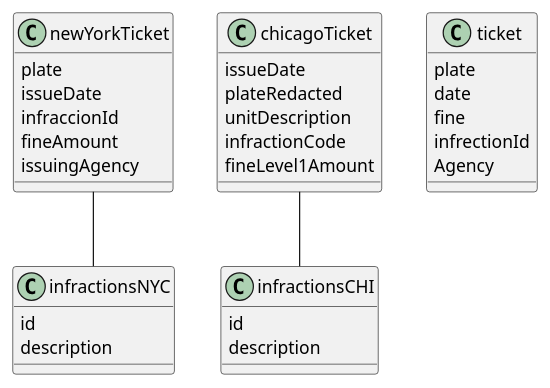
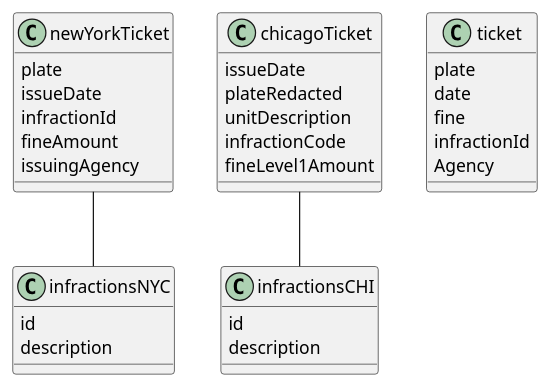
The diagram in structure_objects.puml (AugustoOspal/Proyecto_Final_PI), drawn with PlantUML before and after one commit.

Commit message:
fixed a typo

```diff
--- a/structure_objects.puml
+++ b/structure_objects.puml
@@ -1,45 +1,45 @@
 @startuml
 
 class newYorkTicket
 {
     plate
     issueDate
-    infraccionId
+    infractionId
     fineAmount
     issuingAgency
 }
 
 class infractionsNYC
 {
     id
     description
 }
 
 class chicagoTicket
 {
     issueDate
     plateRedacted
     unitDescription
     infractionCode
     fineLevel1Amount
 }
 
 class infractionsCHI
 {
     id
     description
 }
 
 class ticket
 {
     plate
     date
     fine
-    infrectionId
+    infractionId
     Agency
 }
 
 newYorkTicket -- infractionsNYC
 chicagoTicket -- infractionsCHI
 
 @enduml
```
